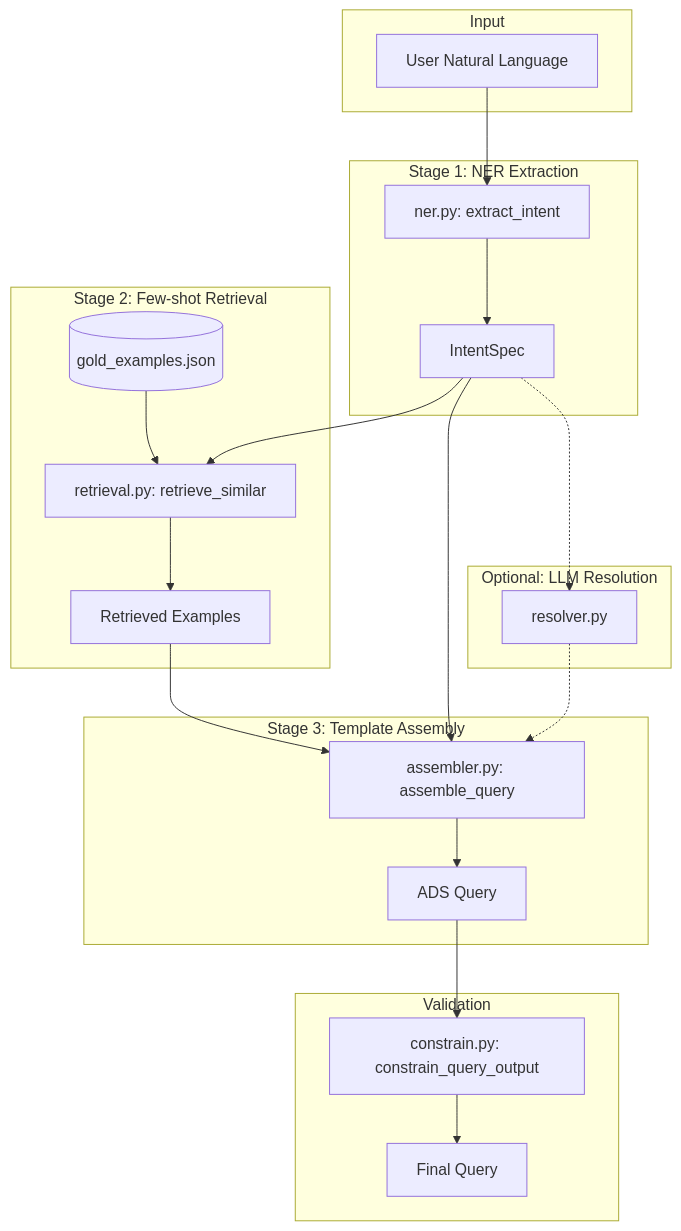
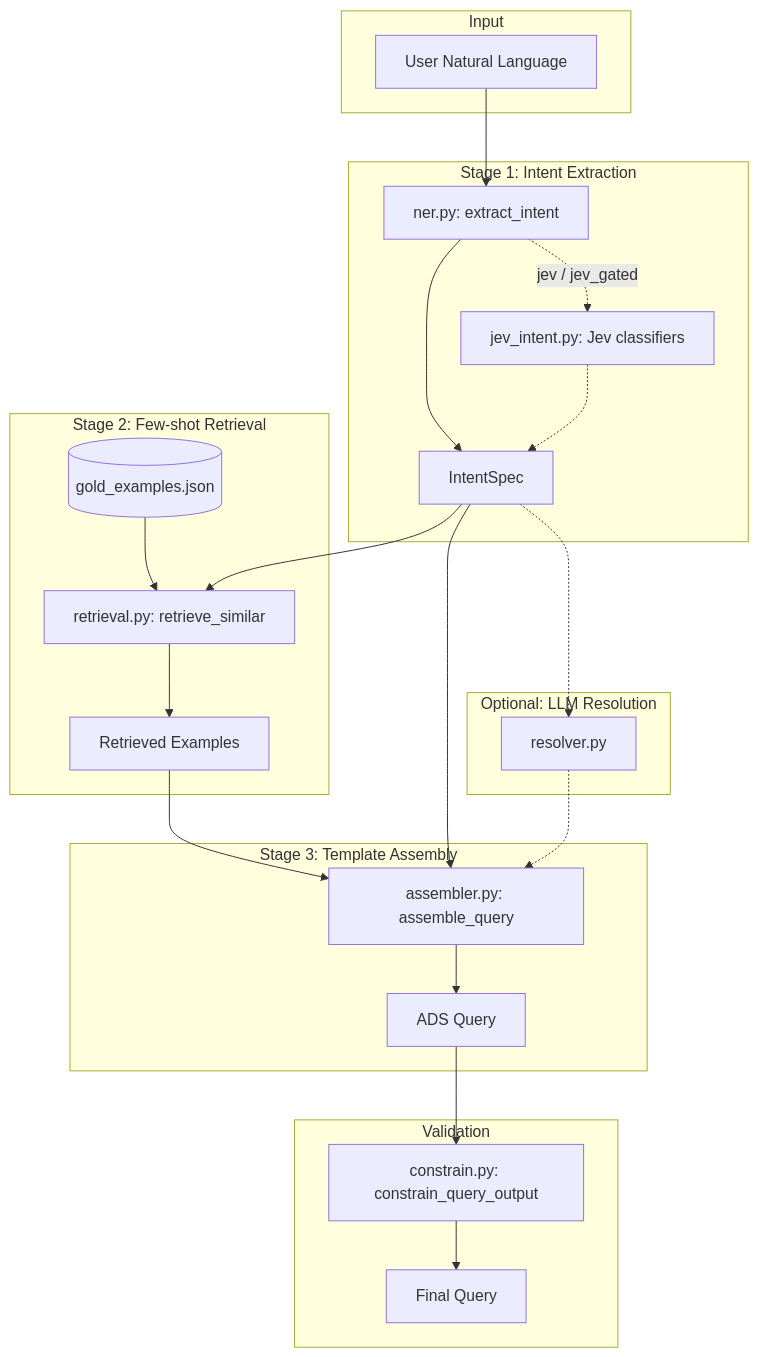
The diagram in docs/HYBRID_PIPELINE.md (sjarmak/nls-finetune-scix), drawn with Mermaid before and after one commit. The commit also changed other lines of this file and 27 other files, not shown here.

First line of the commit message:
feat(docker): wire the Jev intent backends into the image and re-score round 3

````diff
--- a/docs/HYBRID_PIPELINE.md
+++ b/docs/HYBRID_PIPELINE.md
@@ -23,38 +23,40 @@
 ```mermaid
 flowchart TB
     subgraph Input
         NL[User Natural Language]
     end
 
-    subgraph "Stage 1: NER Extraction"
+    subgraph "Stage 1: Intent Extraction"
         NER[ner.py: extract_intent]
+        JEV[jev_intent.py: Jev classifiers]
         IS[IntentSpec]
         NL --> NER --> IS
+        NER -.->|jev / jev_gated| JEV -.-> IS
     end
 
     subgraph "Stage 2: Few-shot Retrieval"
         RET[retrieval.py: retrieve_similar]
         GE[(gold_examples.json)]
         IS --> RET
         GE --> RET
         RET --> EX[Retrieved Examples]
     end
 
     subgraph "Stage 3: Template Assembly"
         ASM[assembler.py: assemble_query]
         IS --> ASM
         EX --> ASM
         ASM --> Q[ADS Query]
     end
 
     subgraph "Optional: LLM Resolution"
         RES[resolver.py]
         IS -.-> RES
         RES -.-> ASM
     end
 
     subgraph "Validation"
         VAL[constrain.py: constrain_query_output]
         Q --> VAL --> FQ[Final Query]
     end
 ```
````
